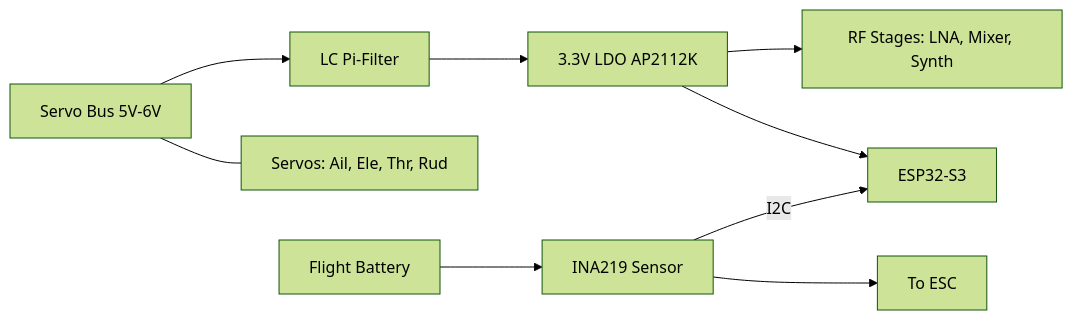
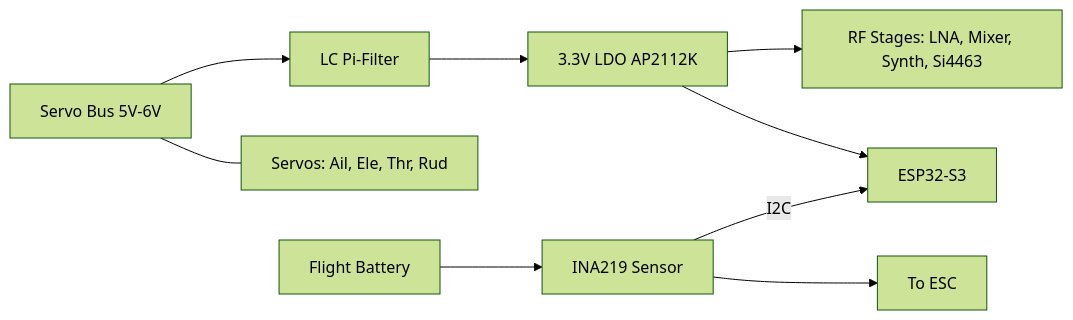
Before and after one commit to ne9n/RC_6m: the diagram in RX_Hardware/RX_Power_Supply_Design.md, drawn with Mermaid (forest theme). The commit also changed other lines of this file and 29 other files, not shown here.

First line of the commit message:
Move receive chain to Si4463 upconversion; fix RX/TX schematic wiring

````diff
--- a/RX_Hardware/RX_Power_Supply_Design.md
+++ b/RX_Hardware/RX_Power_Supply_Design.md
@@ -15,11 +15,11 @@
 ```mermaid
 graph LR
     SERVO[Servo Bus 5V-6V] --> FILT[LC Pi-Filter]
     FILT --> LDO[3.3V LDO AP2112K]
-    LDO --> RF[RF Stages: LNA, Mixer, Synth]
+    LDO --> RF["RF Stages: LNA, Mixer, Synth, Si4463"]
     LDO --> MCU[ESP32-S3]
     SERVO --- SERVOS[Servos: Ail, Ele, Thr, Rud]
     BATT[Flight Battery] --> INA[INA219 Sensor]
     INA --> ESC[To ESC]
     INA -- I2C --> MCU
 ```
````
